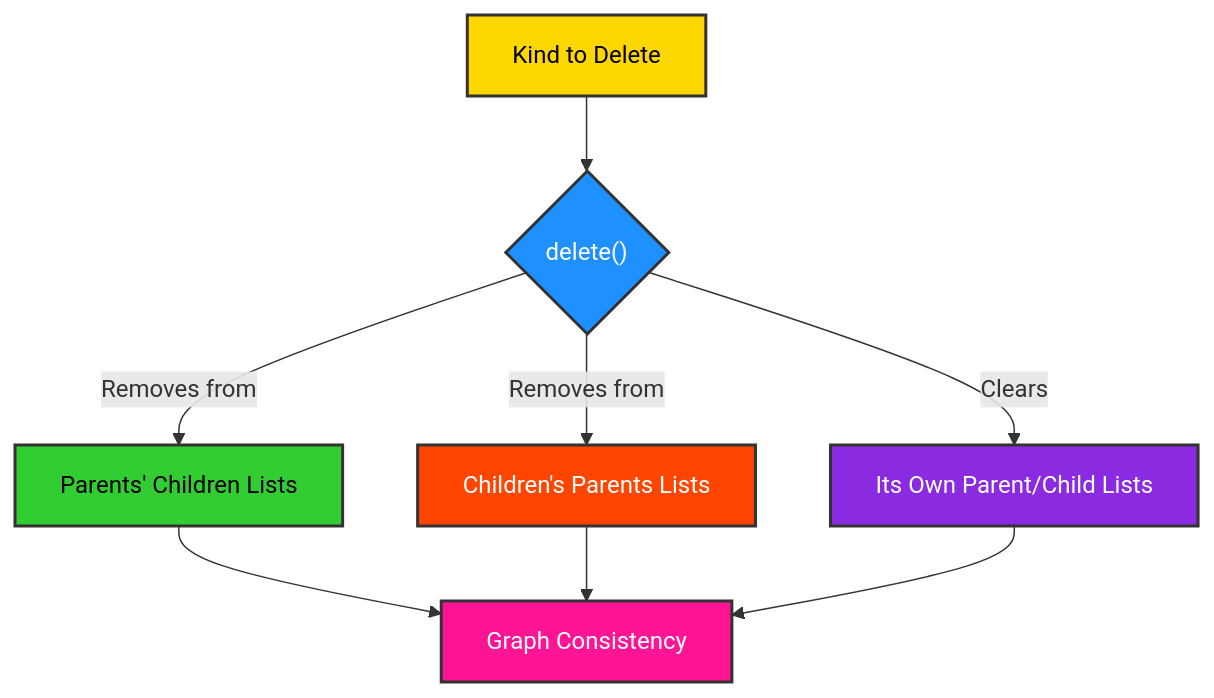
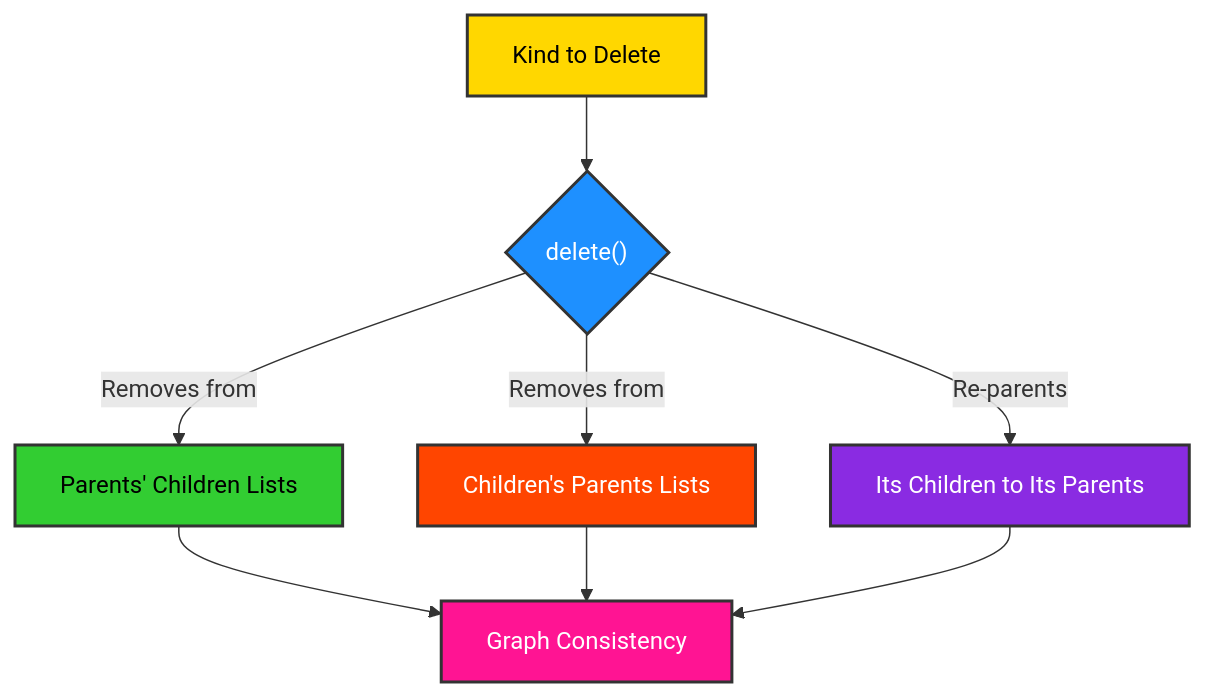
One commit to ikko/kind changed the eighth of 13 diagrams in docs/topics/8_api_highlights/index.md. Above: the diagram before and after it, drawn with Mermaid. The commit also changed other lines of this file and 62 other files, not shown here.

````diff
--- a/docs/topics/8_api_highlights/index.md
+++ b/docs/topics/8_api_highlights/index.md
@@ -450,17 +435,17 @@
 ```mermaid
 graph TD
     A[Kind to Delete] --> B{delete#40;#41;};
     B -- "Removes from" --> C[Parents' Children Lists];
     B -- "Removes from" --> D[Children's Parents Lists];
-    B -- "Clears" --> E[Its Own Parent/Child Lists];
+    B -- "Re-parents" --> E[Its Children to Its Parents];
     C --> F[Graph Consistency];
     D --> F;
     E --> F;
 
     style A fill:#FFD700,stroke:#333,stroke-width:2px,color:#000000;
     style B fill:#1E90FF,stroke:#333,stroke-width:2px,color:#FFFFFF;
     style C fill:#32CD32,stroke:#333,stroke-width:2px,color:#000000;
     style D fill:#FF4500,stroke:#333,stroke-width:2px,color:#FFFFFF;
     style E fill:#8A2BE2,stroke:#333,stroke-width:2px,color:#FFFFFF;
     style F fill:#FF1493,stroke:#333,stroke-width:2px,color:#FFFFFF;
 ```
````
